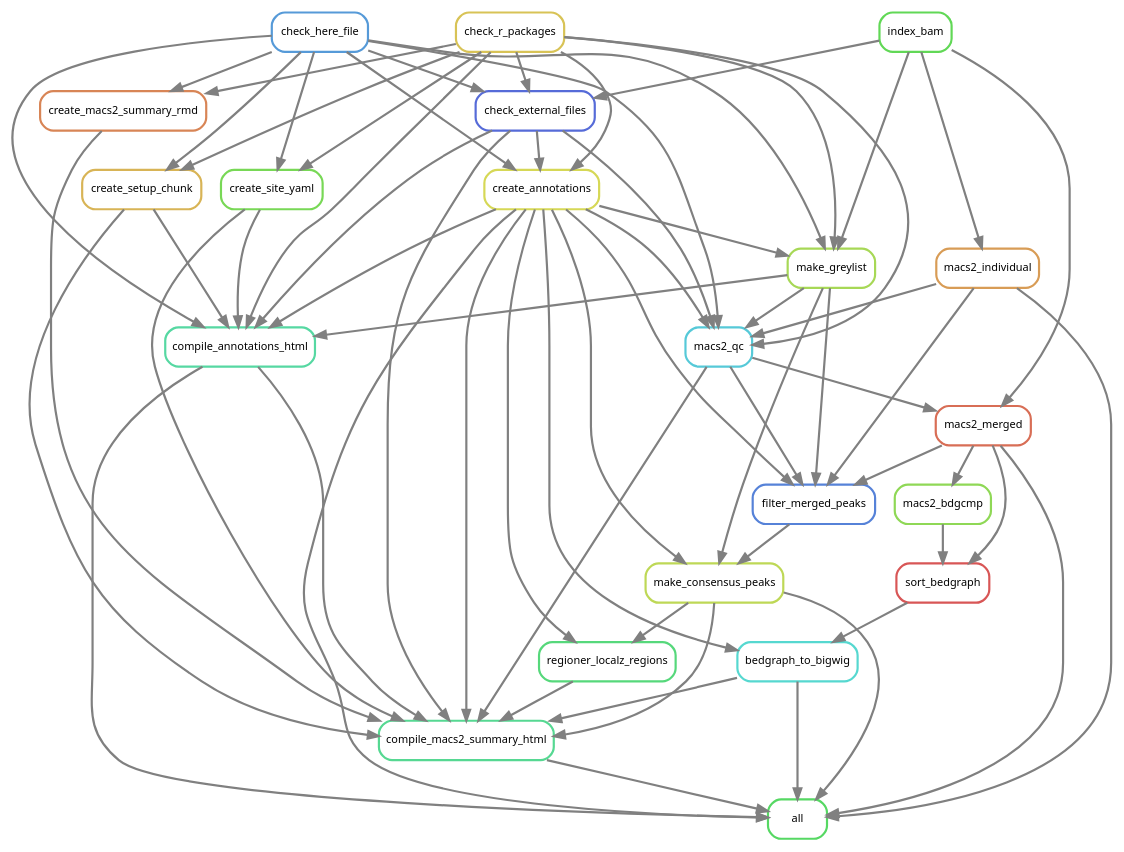
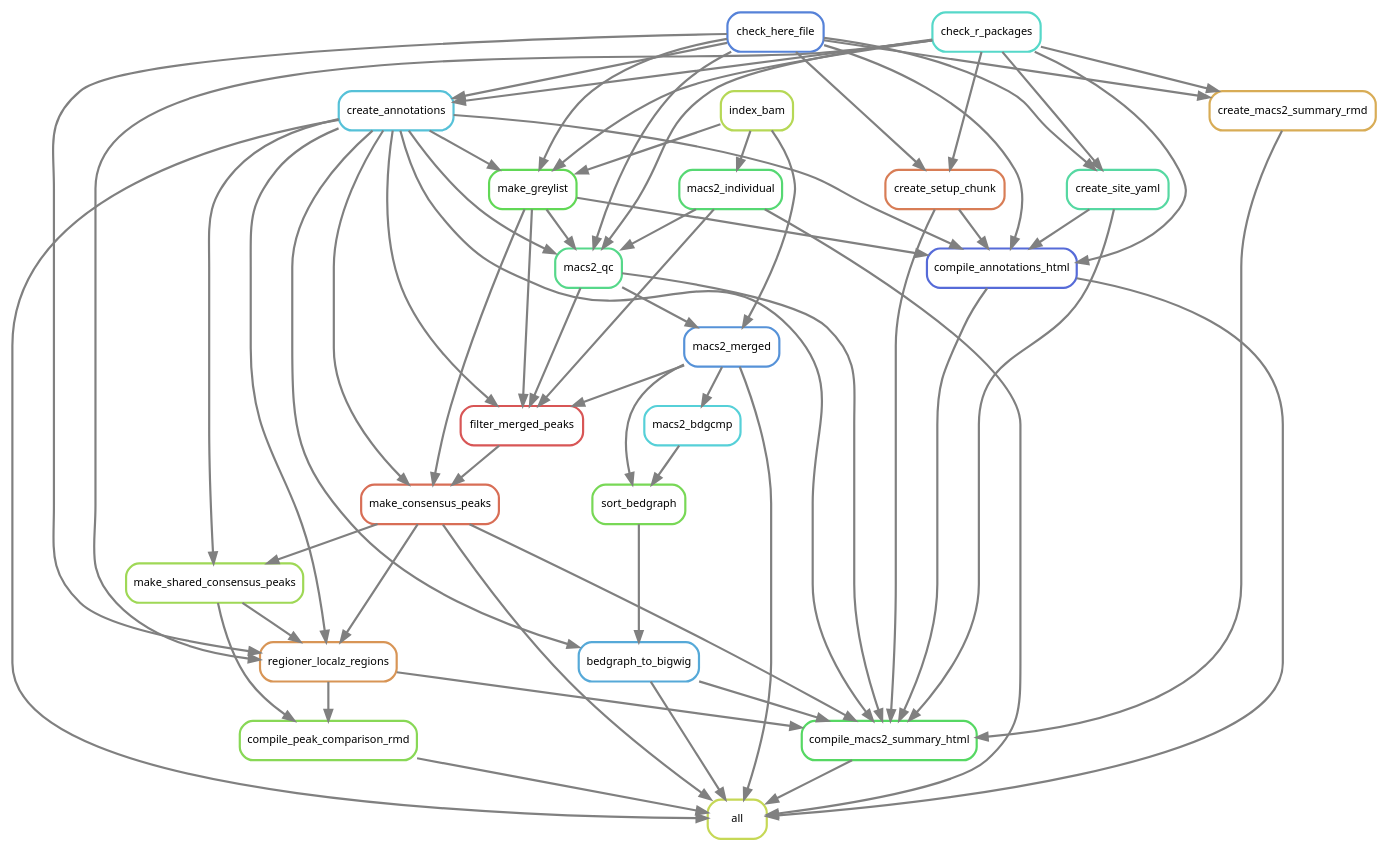
One commit to smped/GRAVI changed the diagram in workflow/rules/rulegraph.dot. Above: the diagram before and after it, drawn with Graphviz.

Commit message:
Updated rulegraph

```diff
--- a/workflow/rules/rulegraph.dot
+++ b/workflow/rules/rulegraph.dot
@@ -1,90 +1,92 @@
 digraph snakemake_dag {
     graph[bgcolor=white, margin=0];
     node[shape=box, style=rounded, fontname=sans,                 fontsize=10, penwidth=2];
     edge[penwidth=2, color=grey];
-	0[label = "all", color = "0.35 0.6 0.85", style="rounded"];
-	1[label = "compile_annotations_html", color = "0.43 0.6 0.85", style="rounded"];
-	2[label = "check_here_file", color = "0.58 0.6 0.85", style="rounded"];
-	3[label = "check_r_packages", color = "0.14 0.6 0.85", style="rounded"];
-	4[label = "check_external_files", color = "0.64 0.6 0.85", style="rounded"];
-	5[label = "index_bam", color = "0.32 0.6 0.85", style="rounded"];
-	6[label = "make_greylist", color = "0.23 0.6 0.85", style="rounded"];
-	7[label = "create_annotations", color = "0.17 0.6 0.85", style="rounded"];
-	8[label = "create_setup_chunk", color = "0.12 0.6 0.85", style="rounded"];
-	9[label = "create_site_yaml", color = "0.29 0.6 0.85", style="rounded"];
-	10[label = "compile_macs2_summary_html", color = "0.41 0.6 0.85", style="rounded"];
-	11[label = "bedgraph_to_bigwig", color = "0.49 0.6 0.85", style="rounded"];
-	12[label = "sort_bedgraph", color = "0.00 0.6 0.85", style="rounded"];
-	13[label = "macs2_merged", color = "0.03 0.6 0.85", style="rounded"];
-	14[label = "macs2_qc", color = "0.52 0.6 0.85", style="rounded"];
-	15[label = "macs2_individual", color = "0.09 0.6 0.85", style="rounded"];
-	16[label = "make_consensus_peaks", color = "0.20 0.6 0.85", style="rounded"];
-	17[label = "filter_merged_peaks", color = "0.61 0.6 0.85", style="rounded"];
-	18[label = "regioner_localz_regions", color = "0.38 0.6 0.85", style="rounded"];
-	19[label = "create_macs2_summary_rmd", color = "0.06 0.6 0.85", style="rounded"];
-	20[label = "macs2_bdgcmp", color = "0.26 0.6 0.85", style="rounded"];
-	11 -> 0
-	13 -> 0
-	7 -> 0
-	16 -> 0
+	0[label = "all", color = "0.19 0.6 0.85", style="rounded"];
+	1[label = "compile_annotations_html", color = "0.64 0.6 0.85", style="rounded"];
+	2[label = "check_here_file", color = "0.61 0.6 0.85", style="rounded"];
+	3[label = "check_r_packages", color = "0.48 0.6 0.85", style="rounded"];
+	4[label = "index_bam", color = "0.21 0.6 0.85", style="rounded"];
+	5[label = "make_greylist", color = "0.32 0.6 0.85", style="rounded"];
+	6[label = "create_annotations", color = "0.53 0.6 0.85", style="rounded"];
+	7[label = "create_setup_chunk", color = "0.05 0.6 0.85", style="rounded"];
+	8[label = "create_site_yaml", color = "0.43 0.6 0.85", style="rounded"];
+	9[label = "compile_macs2_summary_html", color = "0.35 0.6 0.85", style="rounded"];
+	10[label = "bedgraph_to_bigwig", color = "0.56 0.6 0.85", style="rounded"];
+	11[label = "sort_bedgraph", color = "0.29 0.6 0.85", style="rounded"];
+	12[label = "macs2_merged", color = "0.59 0.6 0.85", style="rounded"];
+	13[label = "macs2_qc", color = "0.40 0.6 0.85", style="rounded"];
+	14[label = "macs2_individual", color = "0.37 0.6 0.85", style="rounded"];
+	15[label = "make_consensus_peaks", color = "0.03 0.6 0.85", style="rounded"];
+	16[label = "filter_merged_peaks", color = "0.00 0.6 0.85", style="rounded"];
+	17[label = "regioner_localz_regions", color = "0.08 0.6 0.85", style="rounded"];
+	18[label = "create_macs2_summary_rmd", color = "0.11 0.6 0.85", style="rounded"];
+	19[label = "compile_peak_comparison_rmd", color = "0.27 0.6 0.85", style="rounded"];
+	20[label = "make_shared_consensus_peaks", color = "0.24 0.6 0.85", style="rounded"];
+	21[label = "macs2_bdgcmp", color = "0.51 0.6 0.85", style="rounded"];
+	14 -> 0
+	15 -> 0
+	6 -> 0
 	10 -> 0
+	12 -> 0
 	1 -> 0
-	15 -> 0
+	19 -> 0
+	9 -> 0
+	6 -> 1
+	5 -> 1
 	7 -> 1
-	9 -> 1
-	6 -> 1
+	8 -> 1
 	2 -> 1
-	8 -> 1
 	3 -> 1
-	4 -> 1
-	3 -> 4
-	2 -> 4
-	5 -> 4
-	7 -> 6
+	2 -> 5
+	4 -> 5
+	3 -> 5
+	6 -> 5
+	2 -> 6
 	3 -> 6
-	2 -> 6
-	5 -> 6
-	4 -> 7
+	2 -> 7
 	3 -> 7
-	2 -> 7
+	2 -> 8
 	3 -> 8
-	2 -> 8
-	3 -> 9
-	2 -> 9
+	15 -> 9
+	6 -> 9
+	13 -> 9
+	10 -> 9
+	17 -> 9
+	7 -> 9
+	8 -> 9
+	1 -> 9
+	18 -> 9
 	11 -> 10
-	7 -> 10
-	16 -> 10
-	18 -> 10
-	9 -> 10
-	14 -> 10
-	19 -> 10
-	1 -> 10
-	8 -> 10
-	4 -> 10
+	6 -> 10
+	21 -> 11
 	12 -> 11
-	7 -> 11
 	13 -> 12
-	20 -> 12
+	4 -> 12
 	14 -> 13
+	6 -> 13
 	5 -> 13
-	7 -> 14
-	6 -> 14
-	2 -> 14
-	15 -> 14
-	3 -> 14
+	2 -> 13
+	3 -> 13
 	4 -> 14
+	16 -> 15
 	5 -> 15
+	6 -> 15
+	14 -> 16
 	6 -> 16
-	17 -> 16
-	7 -> 16
-	13 -> 17
-	7 -> 17
-	14 -> 17
+	13 -> 16
+	5 -> 16
+	12 -> 16
 	15 -> 17
 	6 -> 17
-	7 -> 18
-	16 -> 18
-	3 -> 19
-	2 -> 19
-	13 -> 20
+	2 -> 17
+	20 -> 17
+	3 -> 17
+	2 -> 18
+	3 -> 18
+	20 -> 19
+	17 -> 19
+	15 -> 20
+	6 -> 20
+	12 -> 21
 }            
```
